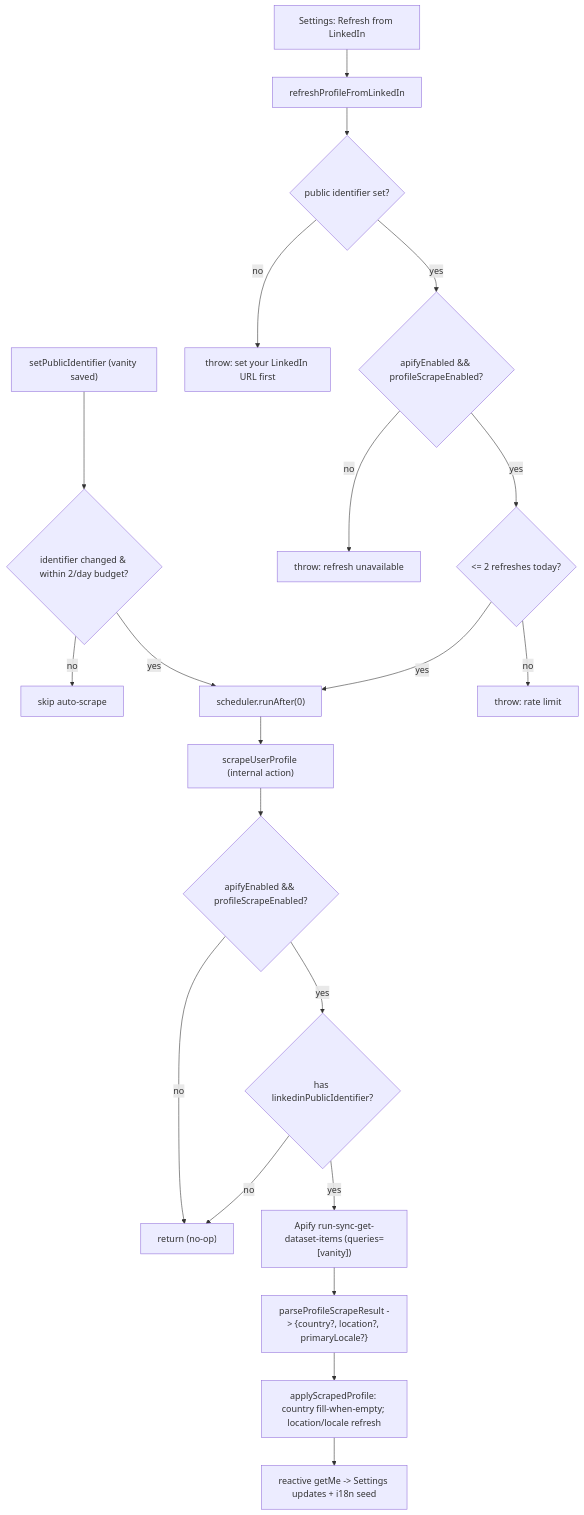
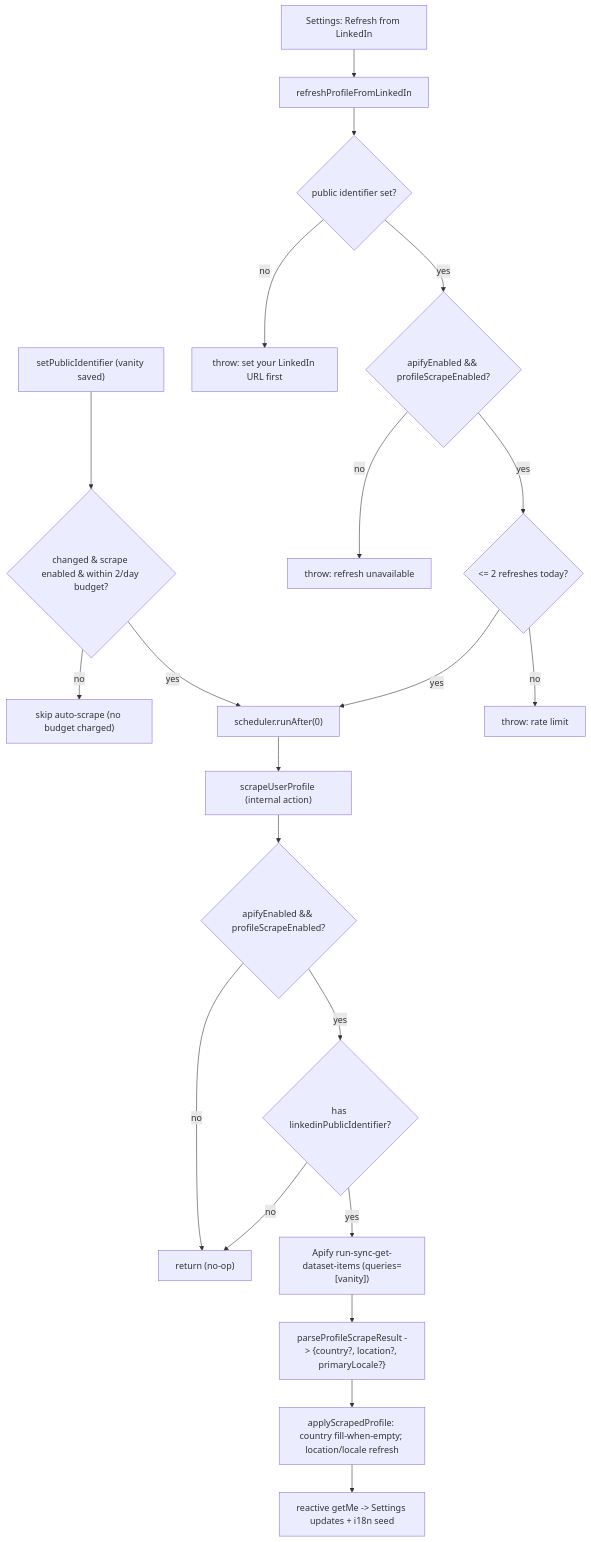
Before and after one commit to henriko202/glowing-octo-guide: diagram 13 of 14 in docs/PLATFORM.md, drawn with Mermaid. The commit also changed other lines of this file and 17 other files, not shown here.

````diff
--- a/docs/PLATFORM.md
+++ b/docs/PLATFORM.md
@@ -960,23 +961,23 @@
 ```mermaid
 flowchart TD
-  T1["setPublicIdentifier (vanity saved)"] --> CHG{"identifier changed & within 2/day budget?"}
-  CHG -->|no| SKIP["skip auto-scrape"]
+  T1["setPublicIdentifier (vanity saved)"] --> CHG{"changed & scrape enabled & within 2/day budget?"}
+  CHG -->|no| SKIP["skip auto-scrape (no budget charged)"]
   CHG -->|yes| SCH["scheduler.runAfter(0)"]
   T2["Settings: Refresh from LinkedIn"] --> RF["refreshProfileFromLinkedIn"]
   RF --> G0{"public identifier set?"}
   G0 -->|no| ERRP["throw: set your LinkedIn URL first"]
   G0 -->|yes| GF{"apifyEnabled && profileScrapeEnabled?"}
   GF -->|no| ERR["throw: refresh unavailable"]
   GF -->|yes| RL{"<= 2 refreshes today?"}
   RL -->|no| ERRL["throw: rate limit"]
   RL -->|yes| SCH
   SCH --> ACT["scrapeUserProfile (internal action)"]
   ACT --> GATE{"apifyEnabled && profileScrapeEnabled?"}
   GATE -->|no| STOP["return (no-op)"]
   GATE -->|yes| PID{"has linkedinPublicIdentifier?"}
   PID -->|no| STOP
   PID -->|yes| API["Apify run-sync-get-dataset-items (queries=[vanity])"]
   API --> PARSE["parseProfileScrapeResult -> {country?, location?, primaryLocale?}"]
   PARSE --> APPLY["applyScrapedProfile: country fill-when-empty; location/locale refresh"]
   APPLY --> REACT["reactive getMe -> Settings updates + i18n seed"]
 ```
````
